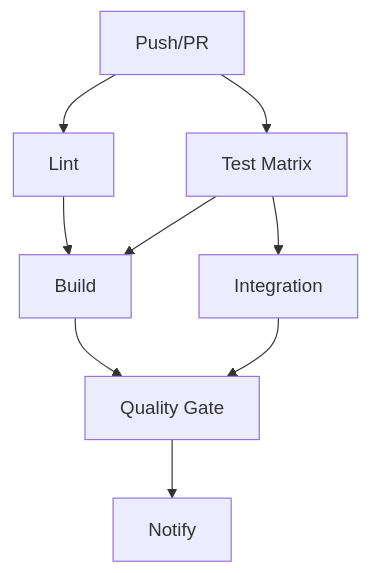
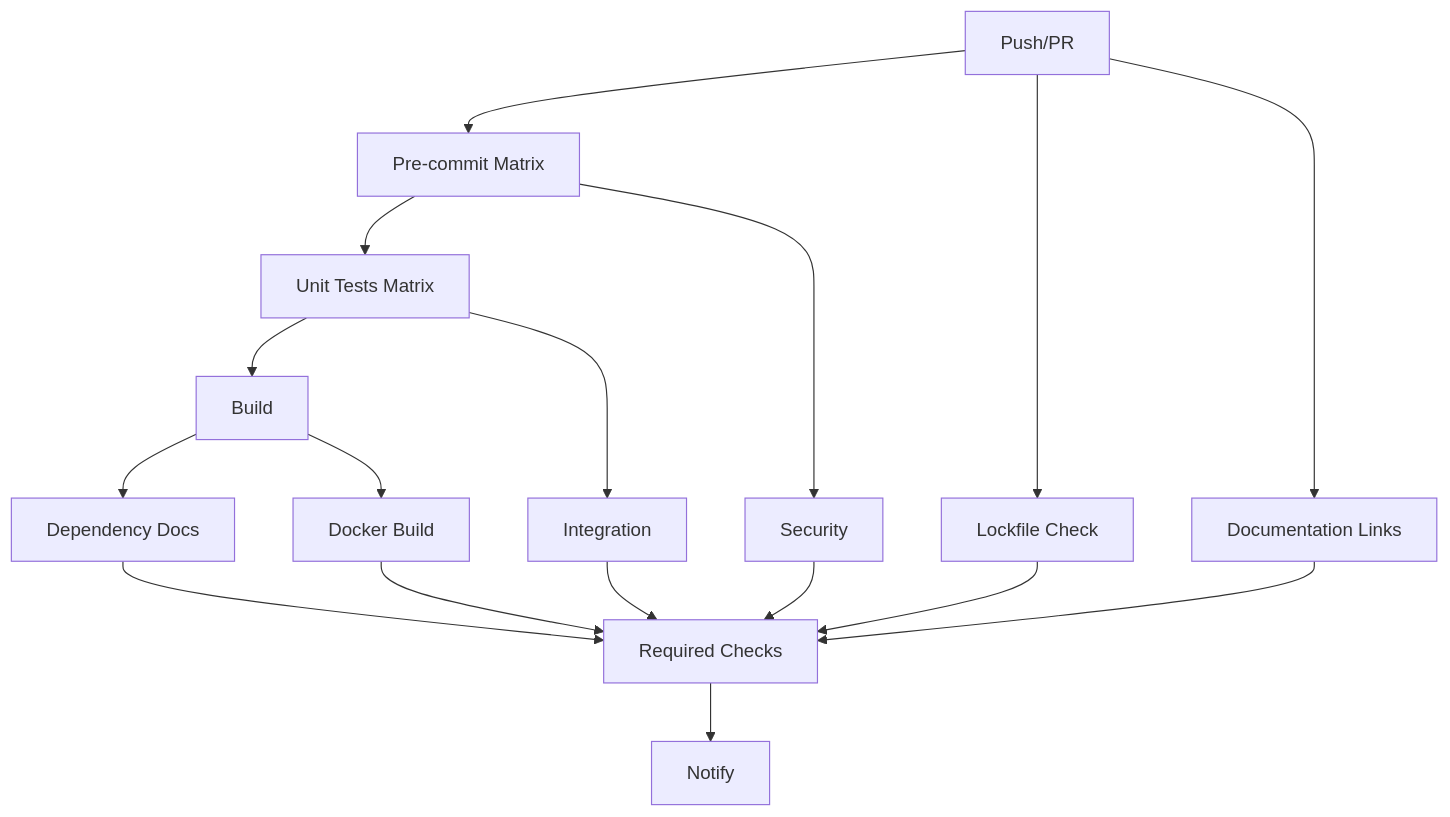
The diagram in docs/ci_cd/CICD_ENVIRONMENT_SETUP.md (pcalnon/juniper-canopy), drawn with Mermaid before and after one commit. The commit also changed other lines of this file and 5 other files, not shown here.

````diff
--- a/docs/ci_cd/CICD_ENVIRONMENT_SETUP.md
+++ b/docs/ci_cd/CICD_ENVIRONMENT_SETUP.md
@@ -65,11 +70,19 @@
 ```mermaid
 graph TD
-    A[Push/PR] --> B[Lint]
-    A --> C[Test Matrix]
-    B --> D[Build]
-    C --> D
+    A[Push/PR] --> B[Pre-commit Matrix]
+    B --> C[Unit Tests Matrix]
+    C --> D[Build]
     C --> E[Integration]
-    D --> F[Quality Gate]
-    E --> F
-    F --> G[Notify]
+    B --> F[Security]
+    D --> G[Dependency Docs]
+    A --> H[Lockfile Check]
+    A --> I[Documentation Links]
+    D --> J[Docker Build]
+    G --> K[Required Checks]
+    E --> K
+    F --> K
+    H --> K
+    I --> K
+    J --> K
+    K --> L[Notify]
 ```
````
